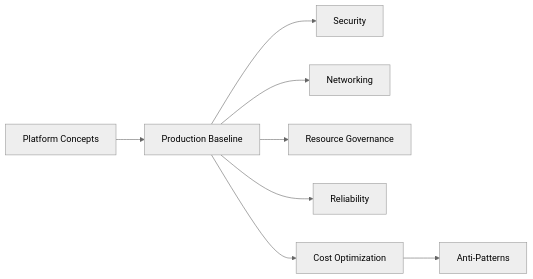
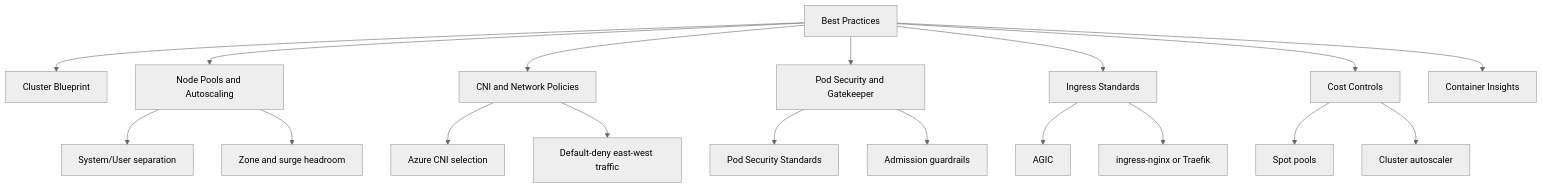
Before and after one commit to yeongseon/azure-kubernetes-service-practical-guide: the diagram in docs/best-practices/index.md, drawn with Mermaid (neutral theme). The commit also changed other lines of this file and 20 other files, not shown here.

First line of the commit message:
docs: expand best practices, add playbooks and lab guides

````diff
--- a/docs/best-practices/index.md
+++ b/docs/best-practices/index.md
@@ -7,10 +7,20 @@
 ```mermaid
-flowchart LR
-    A[Platform Concepts] --> B[Production Baseline]
-    B --> C[Security]
-    B --> D[Networking]
-    B --> E[Resource Governance]
-    B --> F[Reliability]
-    B --> G[Cost Optimization]
-    G --> H[Anti-Patterns]
+flowchart TD
+    A[Best Practices] --> B[Cluster Blueprint]
+    A --> C[Node Pools and Autoscaling]
+    A --> D[CNI and Network Policies]
+    A --> E[Pod Security and Gatekeeper]
+    A --> F[Ingress Standards]
+    A --> G[Cost Controls]
+    A --> H[Container Insights]
+    C --> C1[System/User separation]
+    C --> C2[Zone and surge headroom]
+    D --> D1[Azure CNI selection]
+    D --> D2[Default-deny east-west traffic]
+    E --> E1[Pod Security Standards]
+    E --> E2[Admission guardrails]
+    F --> F1[AGIC]
+    F --> F2[ingress-nginx or Traefik]
+    G --> G1[Spot pools]
+    G --> G2[Cluster autoscaler]
 ```
````
